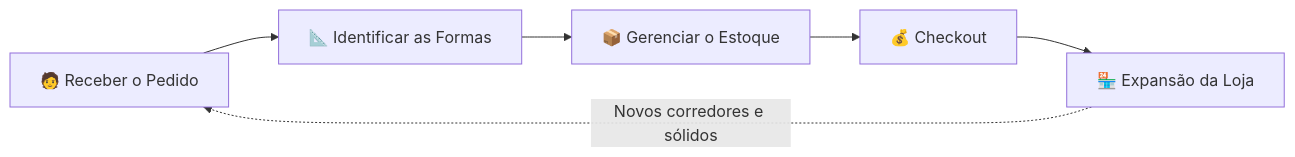
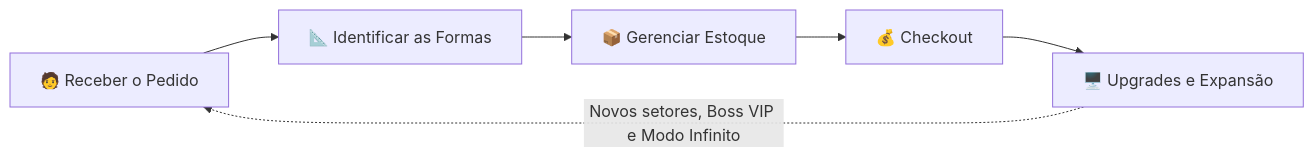
One commit to GabBruno/GeoRush changed the first of 2 diagrams in README.md. Above: the diagram before and after it, drawn with Mermaid. The commit also changed other lines of this file, not shown here.

````diff
--- a/README.md
+++ b/README.md
@@ -49,8 +52,8 @@
 ```mermaid
 flowchart LR
     A[🧑 Receber o Pedido] --> B[📐 Identificar as Formas]
-    B --> C[📦 Gerenciar o Estoque]
+    B --> C[📦 Gerenciar Estoque]
     C --> D[💰 Checkout]
-    D --> E[🏪 Expansão da Loja]
-    E -.->|Novos corredores e sólidos| A
+    D --> E[🖥️ Upgrades e Expansão]
+    E -.->|Novos setores, Boss VIP e Modo Infinito| A
 ```
````
